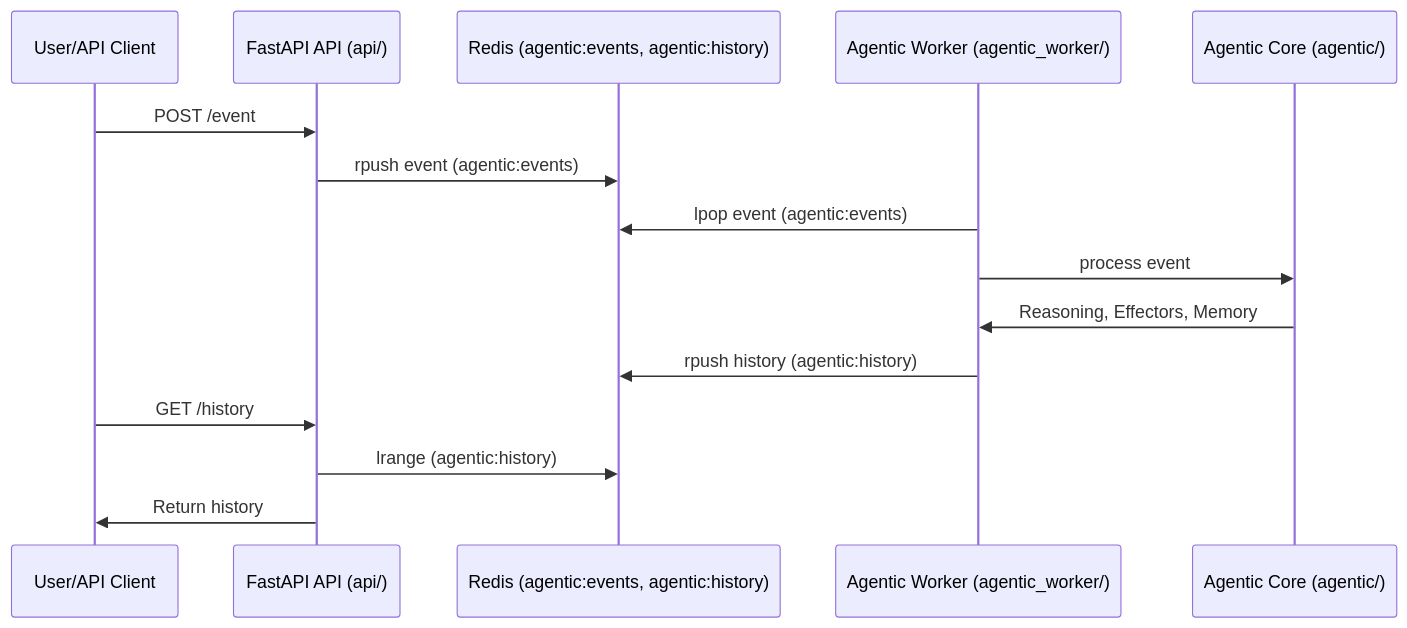
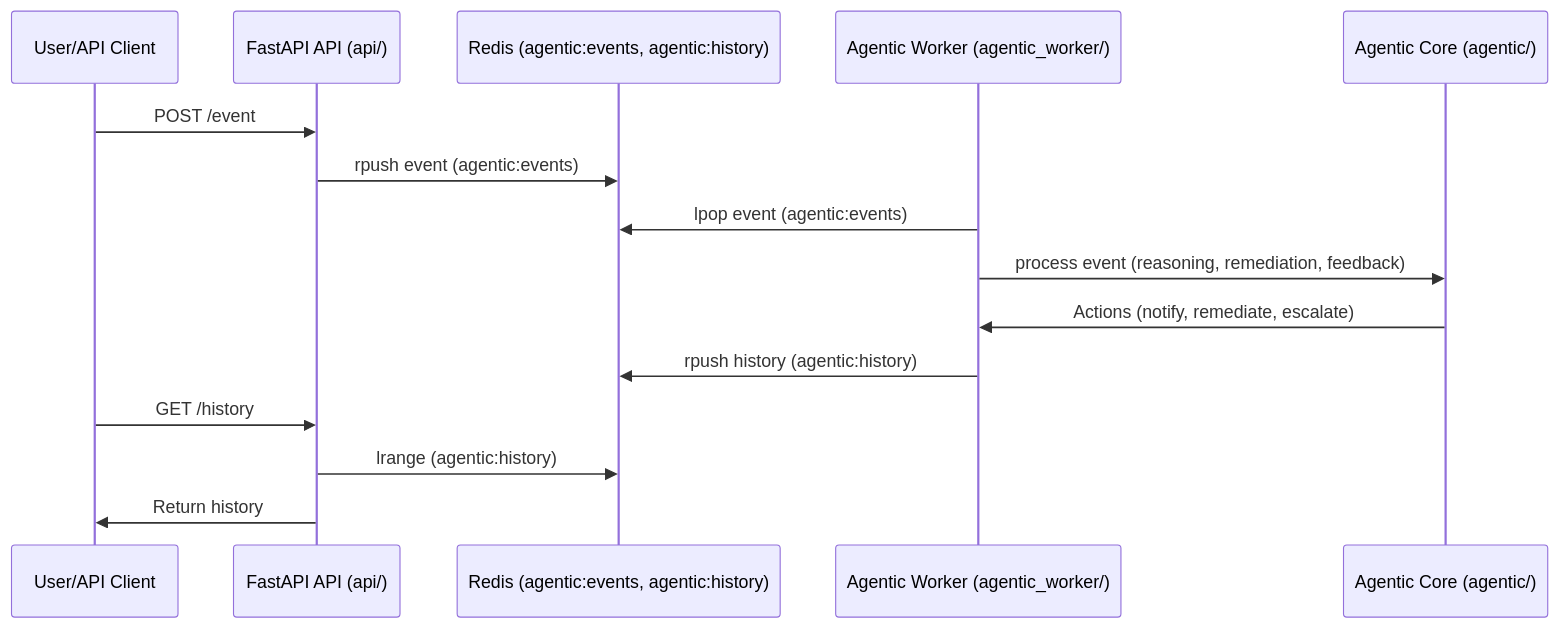
The first of 2 diagrams in docs/README.md (debajyoti063/AutoRemedy), drawn with Mermaid before and after one commit. The commit also changed other lines of this file and 13 other files, not shown here.

Commit message:
Add all new and modified files: config-driven remediation, feedback, escalation, tests, sensors, and documentation. Full microservice and legacy support.

````diff
--- a/docs/README.md
+++ b/docs/README.md
@@ -75,18 +28,18 @@
 ```mermaid
 sequenceDiagram
     participant User as User/API Client
     participant API as FastAPI API (api/)
     participant Redis as Redis (agentic:events, agentic:history)
     participant Worker as Agentic Worker (agentic_worker/)
     participant Core as Agentic Core (agentic/)
 
     User->>API: POST /event
     API->>Redis: rpush event (agentic:events)
     Worker->>Redis: lpop event (agentic:events)
-    Worker->>Core: process event
-    Core->>Worker: Reasoning, Effectors, Memory
+    Worker->>Core: process event (reasoning, remediation, feedback)
+    Core->>Worker: Actions (notify, remediate, escalate)
     Worker->>Redis: rpush history (agentic:history)
     User->>API: GET /history
     API->>Redis: lrange (agentic:history)
     API->>User: Return history
 ```
````
